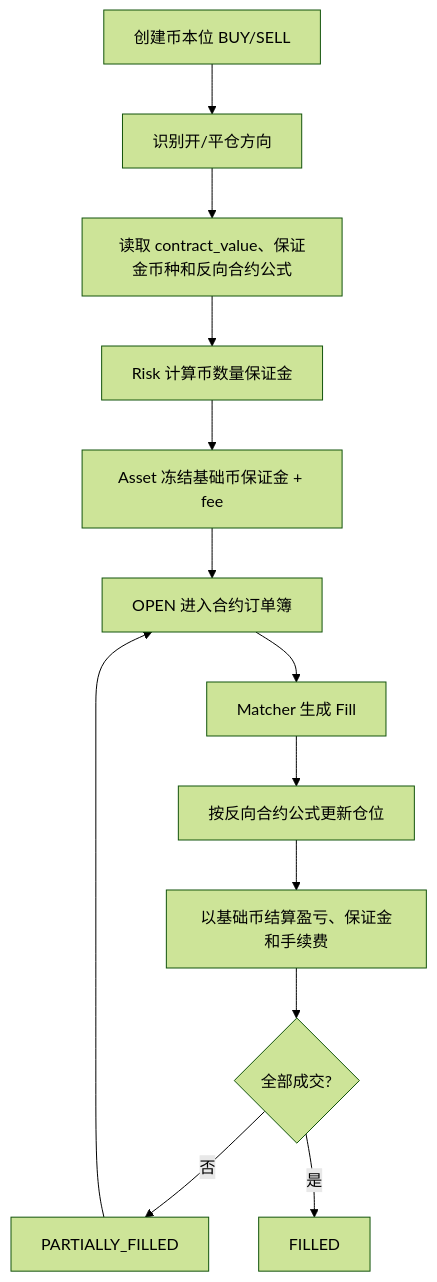
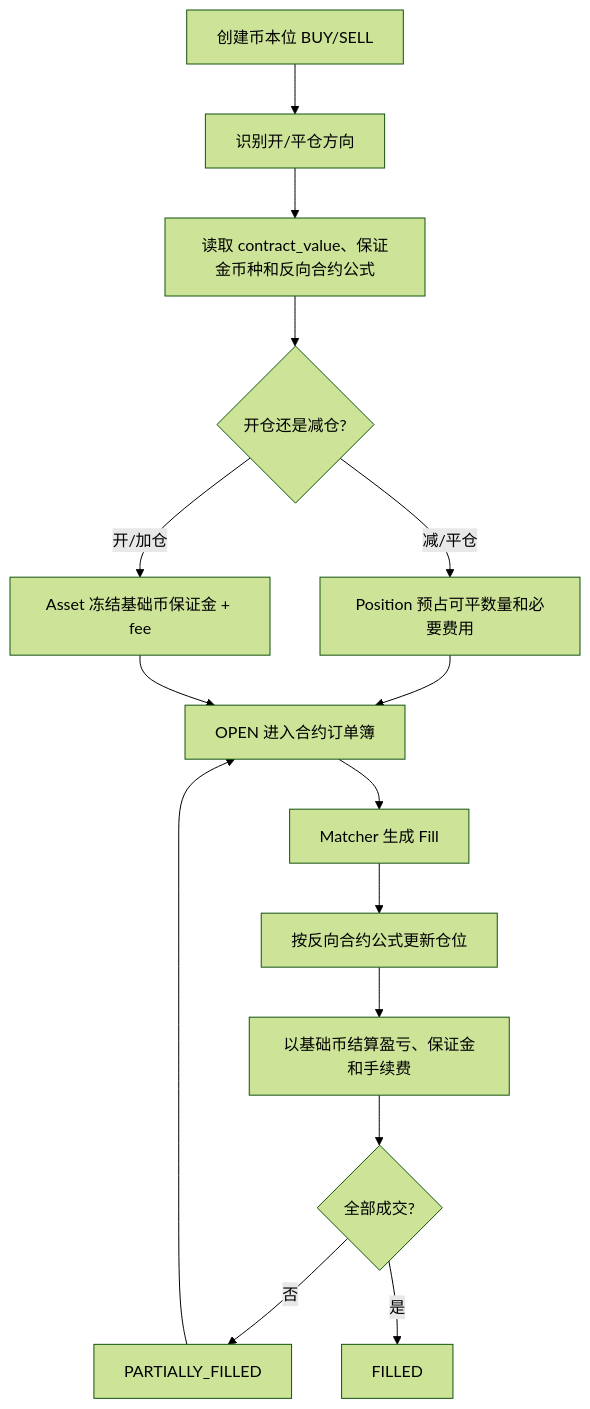
Diagram 13 of 17 in services/trade/docs/order-lifecycle-design.md (colbort/wklive), drawn with Mermaid (forest theme) before and after one commit. The commit also changed other lines of this file and 85 other files, not shown here.

````diff
--- a/services/trade/docs/order-lifecycle-design.md
+++ b/services/trade/docs/order-lifecycle-design.md
@@ -334,15 +436,17 @@
 ```mermaid
 flowchart TD
     A[创建币本位 BUY/SELL] --> B[识别开/平仓方向]
     B --> C[读取 contract_value、保证金币种和反向合约公式]
-    C --> D[Risk 计算币数量保证金]
-    D --> E[Asset 冻结基础币保证金 + fee]
+    C --> D{开仓还是减仓?}
+    D -- 开/加仓 --> E[Asset 冻结基础币保证金 + fee]
+    D -- 减/平仓 --> E2[Position 预占可平数量和必要费用]
+    E2 --> F
     E --> F[OPEN 进入合约订单簿]
     F --> G[Matcher 生成 Fill]
     G --> H[按反向合约公式更新仓位]
     H --> I[以基础币结算盈亏、保证金和手续费]
     I --> J{全部成交?}
     J -- 否 --> K[PARTIALLY_FILLED]
     K --> F
     J -- 是 --> L[FILLED]
 ```
````
